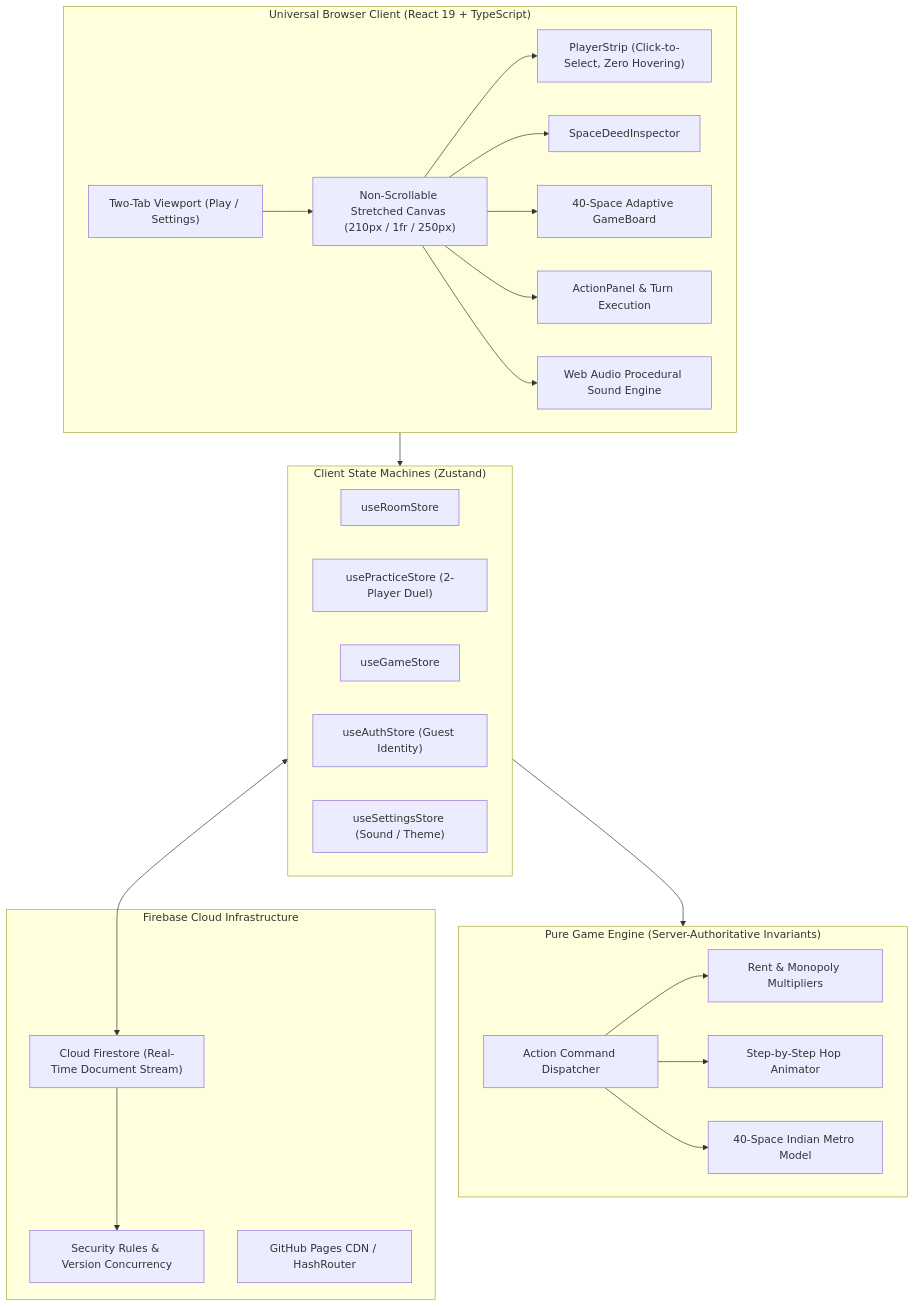
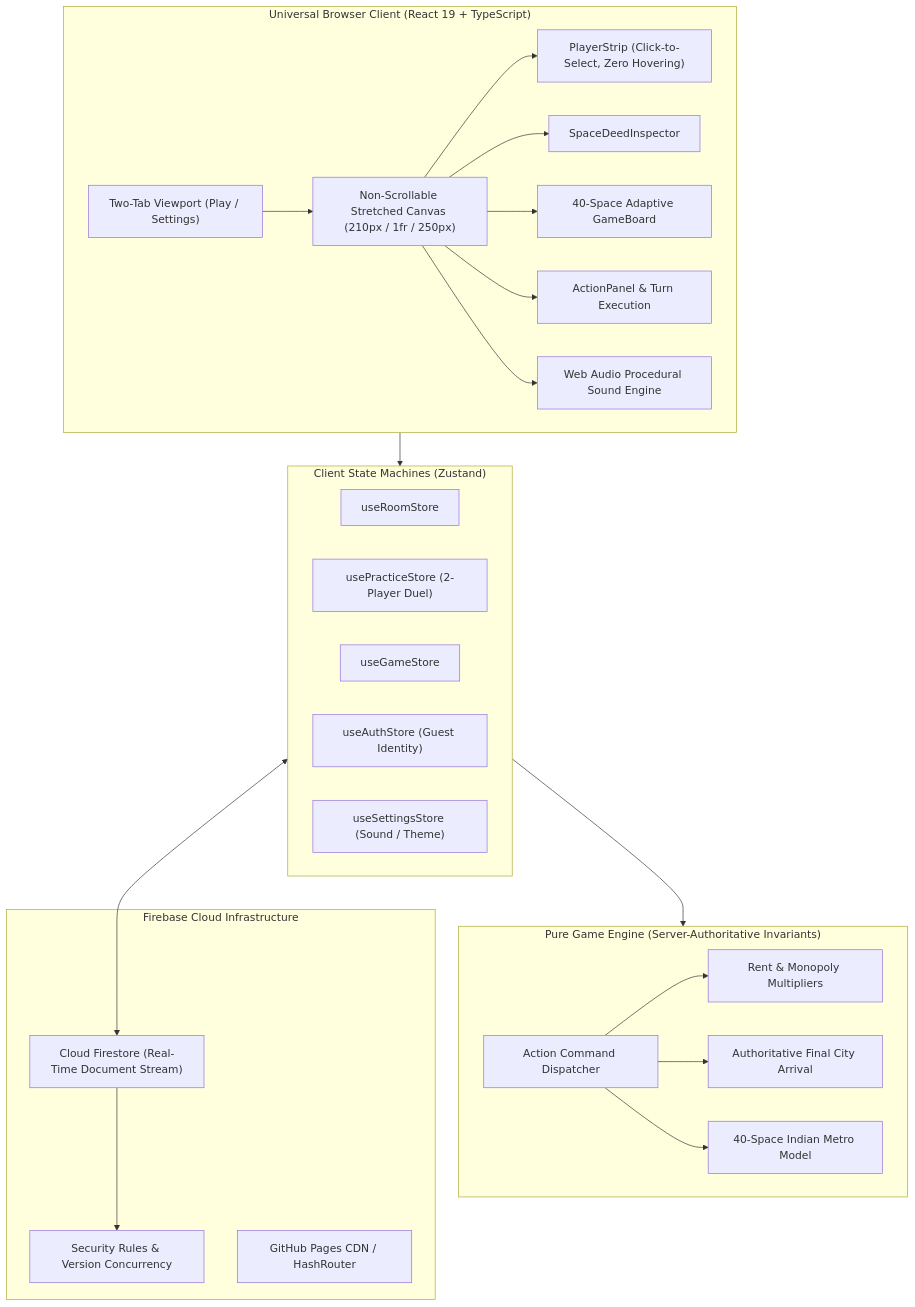
The diagram in README.md (K-692/Monopoly-India-Game), drawn with Mermaid before and after one commit. The commit also changed other lines of this file and 4 other files, not shown here.

Commit message:
fix: single-line non-wrapping city names and direct final destination presentation

````diff
--- a/README.md
+++ b/README.md
@@ -101,47 +101,47 @@
 ```mermaid
 flowchart TD
     subgraph BrowserClient["Universal Browser Client (React 19 + TypeScript)"]
         UI["Two-Tab Viewport (Play / Settings)"]
         Canvas["Non-Scrollable Stretched Canvas (210px / 1fr / 250px)"]
         Board["40-Space Adaptive GameBoard"]
         PlayerPanel["PlayerStrip (Click-to-Select, Zero Hovering)"]
         DeedInspector["SpaceDeedInspector"]
         ActionControls["ActionPanel & Turn Execution"]
         Audio["Web Audio Procedural Sound Engine"]
         UI --> Canvas
         Canvas --> PlayerPanel
         Canvas --> DeedInspector
         Canvas --> Board
         Canvas --> ActionControls
         Canvas --> Audio
     end
 
     subgraph StateManagement["Client State Machines (Zustand)"]
         RoomStore["useRoomStore"]
         PracticeStore["usePracticeStore (2-Player Duel)"]
         GameStore["useGameStore"]
         AuthStore["useAuthStore (Guest Identity)"]
         SettingsStore["useSettingsStore (Sound / Theme)"]
     end
 
     subgraph CoreEngine["Pure Game Engine (Server-Authoritative Invariants)"]
         ActionValidator["Action Command Dispatcher"]
         RentCalculator["Rent & Monopoly Multipliers"]
-        PawnWalking["Step-by-Step Hop Animator"]
+        DirectDestination["Authoritative Final City Arrival"]
         BoardTopology["40-Space Indian Metro Model"]
         ActionValidator --> RentCalculator
-        ActionValidator --> PawnWalking
+        ActionValidator --> DirectDestination
         ActionValidator --> BoardTopology
     end
 
     subgraph CloudBackend["Firebase Cloud Infrastructure"]
         Firestore["Cloud Firestore (Real-Time Document Stream)"]
         SecurityRules["Security Rules & Version Concurrency"]
         Hosting["GitHub Pages CDN / HashRouter"]
     end
 
     BrowserClient --> StateManagement
     StateManagement --> CoreEngine
     StateManagement <--> Firestore
     Firestore --> SecurityRules
 ```
````
